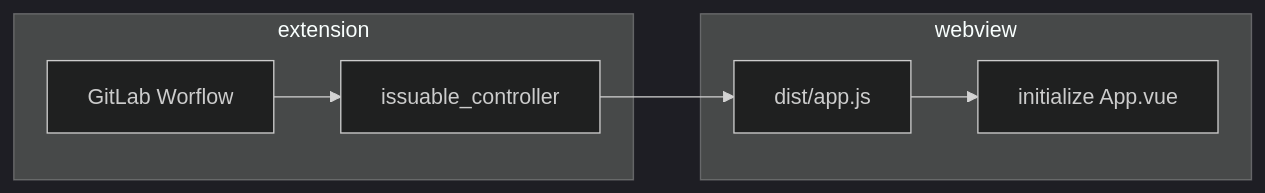
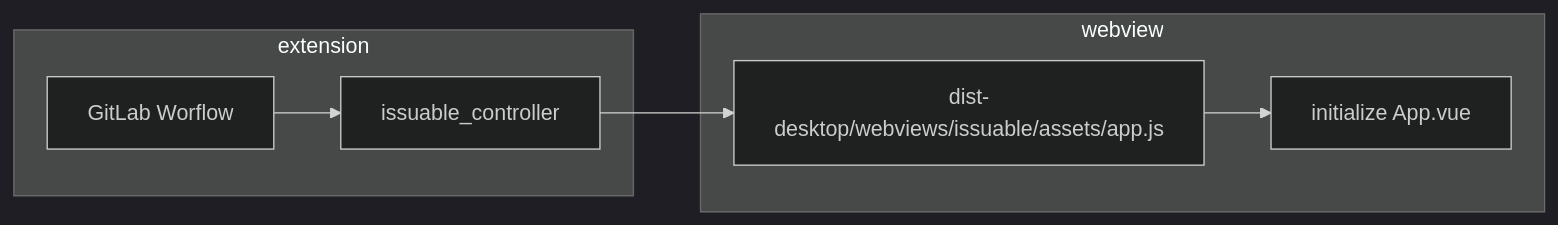
Before and after one commit to tranphucbol/review-for-gitlab: the first of 2 diagrams in docs/developer/architecture.md, drawn with Mermaid (dark theme). The commit also changed other lines of this file and 1 other file, not shown here.

Commit message:
docs: updated webviews documentation

````diff
--- a/docs/developer/architecture.md
+++ b/docs/developer/architecture.md
@@ -115,10 +134,11 @@
 ```mermaid
 graph LR;
 subgraph extension
 A[GitLab Worflow] --> B[issuable_controller]
 end
 subgraph webview
-B --> C["dist/app.js"]
+B --> C["dist-desktop/webviews/issuable/assets/app.js"]
 C --> D[initialize App.vue]
 end
+
 ```
````
